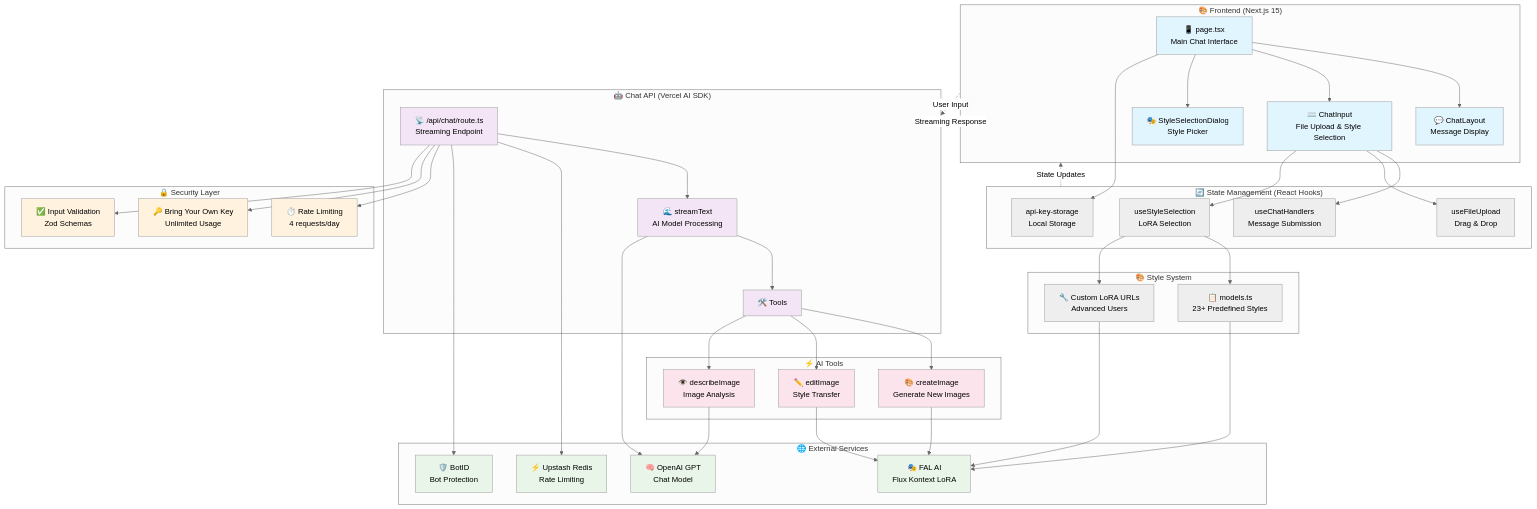
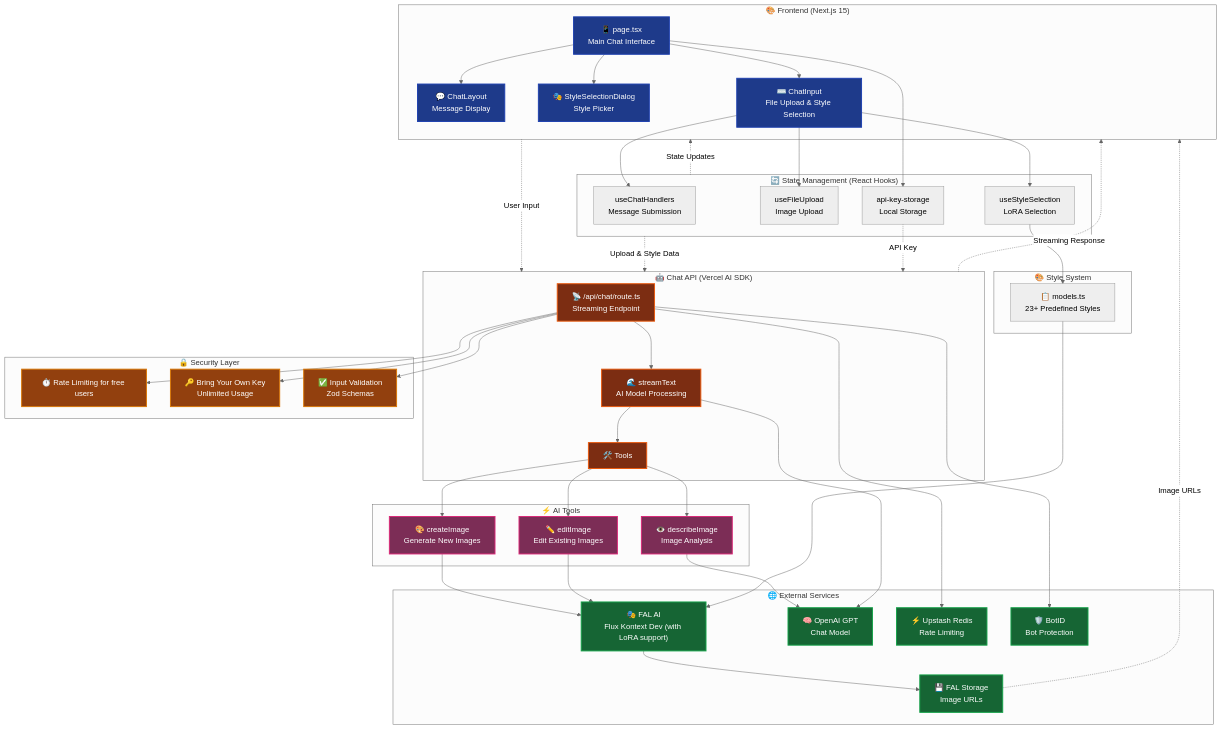
Before and after one commit to iacop2/kontext-chat: the diagram in README.md, drawn with Mermaid (neutral theme).

````diff
--- a/README.md
+++ b/README.md
@@ -69,7 +69,7 @@
     %% State Management
     subgraph StateHooks["🔄 State Management (React Hooks)"]
         ChatHandlers["useChatHandlers<br/>Message Submission"]
-        FileUpload["useFileUpload<br/>Drag & Drop"]
+        FileUpload["useFileUpload<br/>Image Upload"]
         StyleSelection["useStyleSelection<br/>LoRA Selection"]
         ApiKeyStorage["api-key-storage<br/>Local Storage"]
 
@@ -92,7 +92,7 @@
     %% AI Tools
     subgraph AITools["⚡ AI Tools"]
         CreateImage["🎨 createImage<br/>Generate New Images"]
-        EditImage["✏️ editImage<br/>Style Transfer"]
+        EditImage["✏️ editImage<br/>Edit Existing Images"]
         DescribeImage["👁️ describeImage<br/>Image Analysis"]
 
         Tools --> CreateImage
@@ -102,13 +102,15 @@
 
     %% External Services
     subgraph External["🌐 External Services"]
-        FAL["🎭 FAL AI<br/>Flux Kontext LoRA"]
+        FAL["🎭 FAL AI<br/>Flux Kontext Dev (with LoRA support)"]
+        Storage["💾 FAL Storage<br/>Image URLs"]
         OpenAI["🧠 OpenAI GPT<br/>Chat Model"]
         Redis["⚡ Upstash Redis<br/>Rate Limiting"]
         BotID["🛡️ BotID<br/>Bot Protection"]
 
         CreateImage --> FAL
         EditImage --> FAL
+        FAL --> Storage
         DescribeImage --> OpenAI
         StreamText --> OpenAI
         ChatRoute --> Redis
@@ -118,17 +120,14 @@
     %% Style System
     subgraph Styles["🎨 Style System"]
         Models["📋 models.ts<br/>23+ Predefined Styles"]
-        CustomLora["🔧 Custom LoRA URLs<br/>Advanced Users"]
 
         StyleSelection --> Models
-        StyleSelection --> CustomLora
         Models --> FAL
-        CustomLora --> FAL
     end
 
     %% Security & Rate Limiting
     subgraph Security["🔒 Security Layer"]
-        RateLimit["⏱️ Rate Limiting<br/>4 requests/day"]
+        RateLimit["⏱️ Rate Limiting for free users"]
         BYOK["🔑 Bring Your Own Key<br/>Unlimited Usage"]
         Validation["✅ Input Validation<br/>Zod Schemas"]
 
@@ -141,17 +140,20 @@
     Frontend -.->|User Input| ChatAPI
     ChatAPI -.->|Streaming Response| Frontend
     StateHooks -.->|State Updates| Frontend
+    StateHooks -.->|Upload & Style Data| ChatAPI
+    ApiKeyStorage -.->|API Key| ChatAPI
+    Storage -.->|Image URLs| Frontend
 
-    %% Message Flow
-    classDef frontend fill:#e1f5fe
-    classDef api fill:#f3e5f5
-    classDef external fill:#e8f5e8
-    classDef security fill:#fff3e0
-    classDef tools fill:#fce4ec
+    %% Styling
+    classDef frontend fill:#1e3a8a,stroke:#1e40af,stroke-width:2px,color:#ffffff
+    classDef api fill:#7c2d12,stroke:#ea580c,stroke-width:2px,color:#ffffff
+    classDef external fill:#166534,stroke:#16a34a,stroke-width:2px,color:#ffffff
+    classDef security fill:#92400e,stroke:#d97706,stroke-width:2px,color:#ffffff
+    classDef tools fill:#7c2d56,stroke:#db2777,stroke-width:2px,color:#ffffff
 
     class Page,ChatLayout,ChatInput,StyleDialog frontend
     class ChatRoute,StreamText,Tools api
-    class FAL,OpenAI,Redis,BotID external
+    class FAL,Storage,OpenAI,Redis,BotID external
     class RateLimit,BYOK,Validation security
     class CreateImage,EditImage,DescribeImage tools
 ```
````
